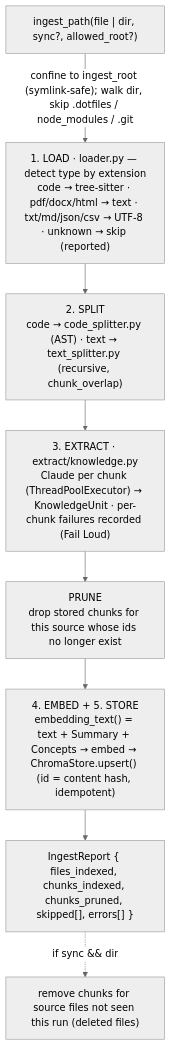
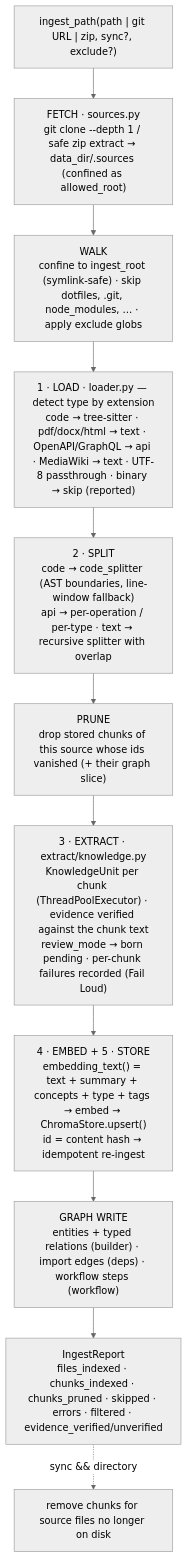
Before and after one commit to b5336789/open-domain-mcp: the third of 7 diagrams in README.md, drawn with Mermaid (neutral theme). The commit also changed other lines of this file, not shown here.

First line of the commit message:
docs: rewrite README for the current platform, redraw all mermaid diagrams

````diff
--- a/README.md
+++ b/README.md
@@ -137,12 +178,14 @@
 ```mermaid
 flowchart TD
-    START["ingest_path(file | dir, sync?, allowed_root?)"]
-    START -->|"confine to ingest_root (symlink-safe); walk dir, skip .dotfiles / node_modules / .git"| LOAD
-    LOAD["1. LOAD · loader.py — detect type by extension<br/>code → tree-sitter · pdf/docx/html → text · txt/md/json/csv → UTF-8 · unknown → skip (reported)"]
-    LOAD --> SPLIT["2. SPLIT<br/>code → code_splitter.py (AST) · text → text_splitter.py (recursive, chunk_overlap)"]
-    SPLIT --> EXTRACT["3. EXTRACT · extract/knowledge.py<br/>Claude per chunk (ThreadPoolExecutor) → KnowledgeUnit · per-chunk failures recorded (Fail Loud)"]
-    EXTRACT --> PRUNE["PRUNE<br/>drop stored chunks for this source whose ids no longer exist"]
-    PRUNE --> EMBED["4. EMBED + 5. STORE<br/>embedding_text() = text + Summary + Concepts → embed → ChromaStore.upsert() (id = content hash, idempotent)"]
-    EMBED --> REPORT["IngestReport { files_indexed, chunks_indexed, chunks_pruned, skipped[], errors[] }"]
-    REPORT -.->|"if sync && dir"| SYNC["remove chunks for source files not seen this run (deleted files)"]
+    START["ingest_path(path | git URL | zip, sync?, exclude?)"]
+    START --> FETCH["FETCH · sources.py<br/>git clone --depth 1 / safe zip extract → data_dir/.sources (confined as allowed_root)"]
+    FETCH --> WALK["WALK<br/>confine to ingest_root (symlink-safe) · skip dotfiles, .git, node_modules, … · apply exclude globs"]
+    WALK --> LOAD["1 · LOAD · loader.py — detect type by extension<br/>code → tree-sitter · pdf/docx/html → text · OpenAPI/GraphQL → api · MediaWiki → text · UTF-8 passthrough · binary → skip (reported)"]
+    LOAD --> SPLIT["2 · SPLIT<br/>code → code_splitter (AST boundaries, line-window fallback)<br/>api → per-operation / per-type · text → recursive splitter with overlap"]
+    SPLIT --> PRUNE["PRUNE<br/>drop stored chunks of this source whose ids vanished (+ their graph slice)"]
+    PRUNE --> EXTRACT["3 · EXTRACT · extract/knowledge.py<br/>KnowledgeUnit per chunk (ThreadPoolExecutor) · evidence verified against the chunk text<br/>review_mode → born pending · per-chunk failures recorded (Fail Loud)"]
+    EXTRACT --> EMBED["4 · EMBED + 5 · STORE<br/>embedding_text() = text + summary + concepts + type + tags → embed → ChromaStore.upsert()<br/>id = content hash → idempotent re-ingest"]
+    EMBED --> GWRITE["GRAPH WRITE<br/>entities + typed relations (builder) · import edges (deps) · workflow steps (workflow)"]
+    GWRITE --> REPORT["IngestReport<br/>files_indexed · chunks_indexed · chunks_pruned · skipped · errors · filtered · evidence_verified/unverified"]
+    REPORT -.->|"sync && directory"| SYNC["remove chunks for source files no longer on disk"]
 ```
````
